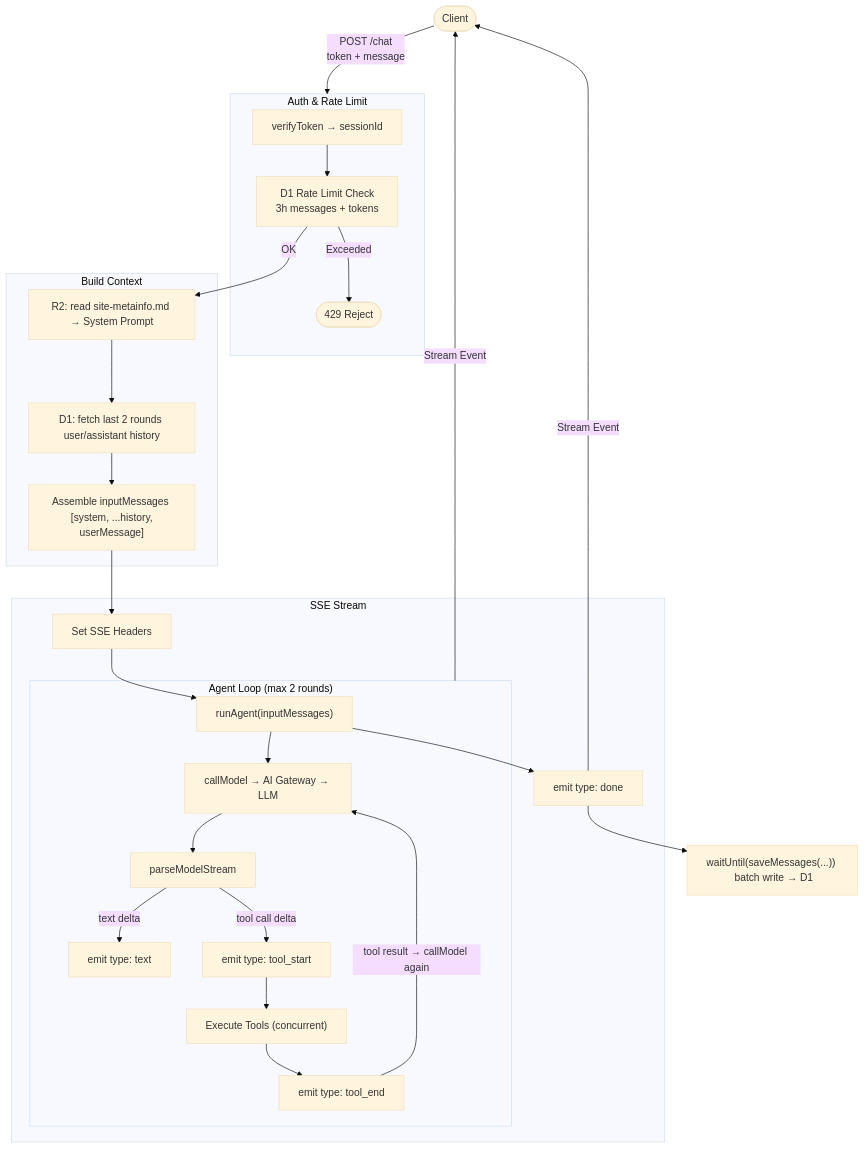
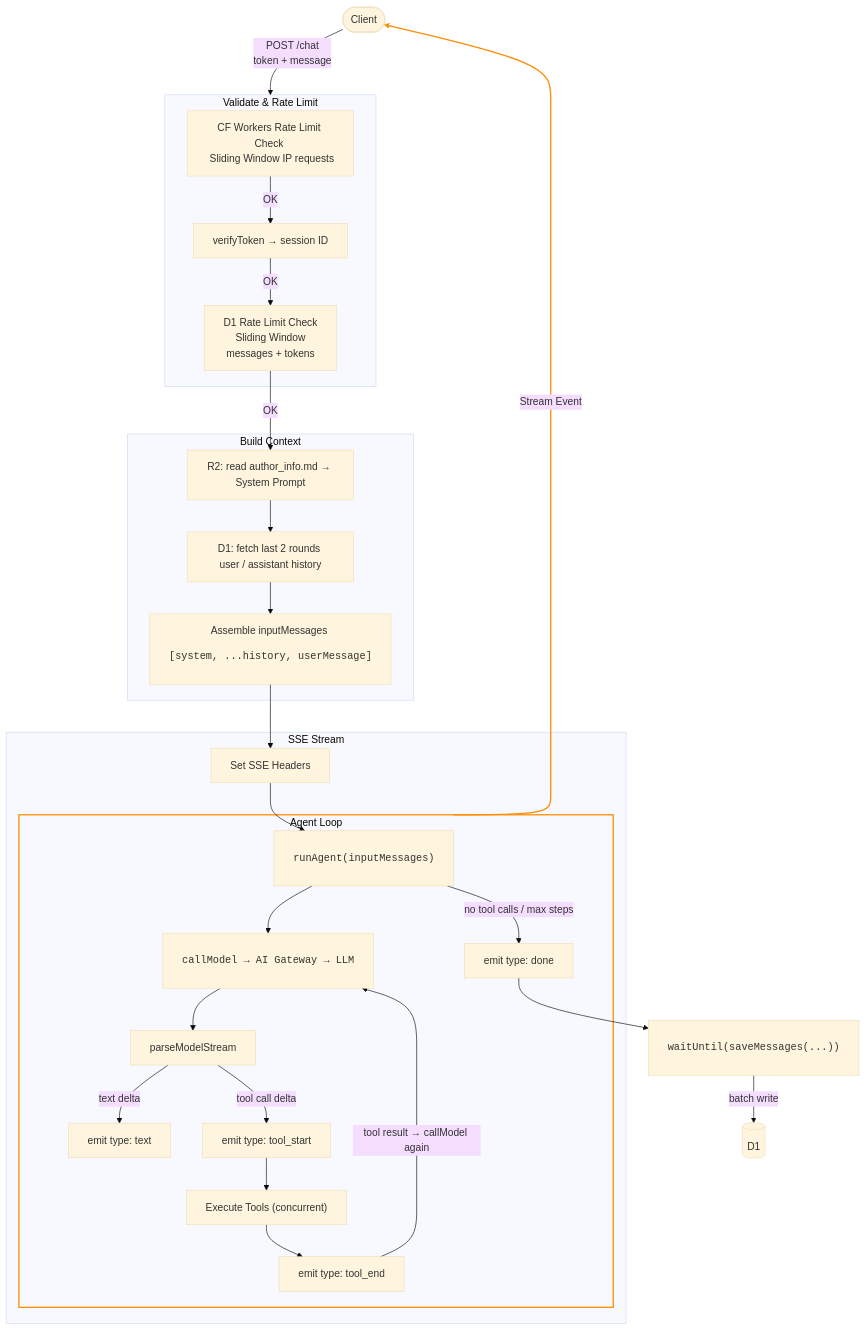
One commit to surmon-china/surmon.me.ai changed the fourth of 5 diagrams in ARCHITECTURE.zh-CN.md. Above: the diagram before and after it, drawn with Mermaid (base theme). The commit also changed other lines of this file, not shown here.

````diff
--- a/ARCHITECTURE.zh-CN.md
+++ b/ARCHITECTURE.zh-CN.md
@@ -172,38 +179,39 @@
 ```mermaid
 flowchart TD
-    Client(["Client"]) --> |"POST /chat <br> token + message"| Auth
+    Client(["Client"]) --> |"POST /chat <br> token + message"| Validate
 
-    subgraph Auth ["Auth & Rate Limit"]
-        V["verifyToken → sessionId"]
-        V --> RATE["D1 Rate Limit Check <br> 3h messages + tokens"]
-        RATE --> |"Exceeded"| ERR(["429 Reject"])
+    subgraph Validate ["Validate & Rate Limit"]
+        IPRL["CF Workers Rate Limit Check <br> Sliding Window IP requests"]
+        IPRL --> |"OK"| V["verifyToken → session ID"]
+        V --> |"OK"| RATE["D1 Rate Limit Check <br> Sliding Window <br> messages + tokens"]
     end
 
     subgraph Context ["Build Context"]
-        RATE --> |"OK"| SM["R2: read site-metainfo.md → System Prompt"]
-        SM --> HIS["D1: fetch last 2 rounds user/assistant history"]
-        HIS --> MSG["Assemble inputMessages <br> [system, ...history, userMessage]"]
+        RATE --> |"OK"| SM["R2: read author_info.md → System Prompt"]
+        SM --> HIS["D1: fetch last 2 rounds user / assistant history"]
+        HIS --> MSG["Assemble inputMessages <pre>[system, ...history, userMessage]</pre>"]
     end
 
     subgraph Stream ["SSE Stream"]
         MSG --> SSE["Set SSE Headers"]
-        SSE --> AG["runAgent(inputMessages)"]
+        SSE --> AG["<pre>runAgent(inputMessages)</pre>"]
 
-        subgraph Agent ["Agent Loop (max 2 rounds)"]
-            AG --> CM["callModel → AI Gateway → LLM"]
+        subgraph Agent ["Agent Loop"]
+            AG --> CM["<pre>callModel → AI Gateway → LLM</pre>"]
             CM --> PS["parseModelStream"]
             PS --> |"text delta"| ET["emit type: text"]
             PS --> |"tool call delta"| TS["emit type: tool_start"]
             TS --> TC["Execute Tools (concurrent)"]
             TC --> TE["emit type: tool_end"]
             TE --> |"tool result → callModel again"| CM
+            AG --> |"no tool calls / max steps"| DONE["emit type: done"]
         end
-
-        AG --> DONE["emit type: done"]
     end
 
     Agent --> |"Stream Event"| Client
-    DONE --> |"Stream Event"| Client
+    DONE --> SAVE["<pre>waitUntil(saveMessages(...))</pre>"]
+    SAVE --> |"batch write"| D1[("D1")]
 
-    DONE --> SAVE["waitUntil(saveMessages(...)) <br> batch write → D1"]
+    style Agent stroke:#ff8c00,stroke-width:2px,fill:none
+    linkStyle 16 stroke:#ff8c00,stroke-width:2px
 ```
````
